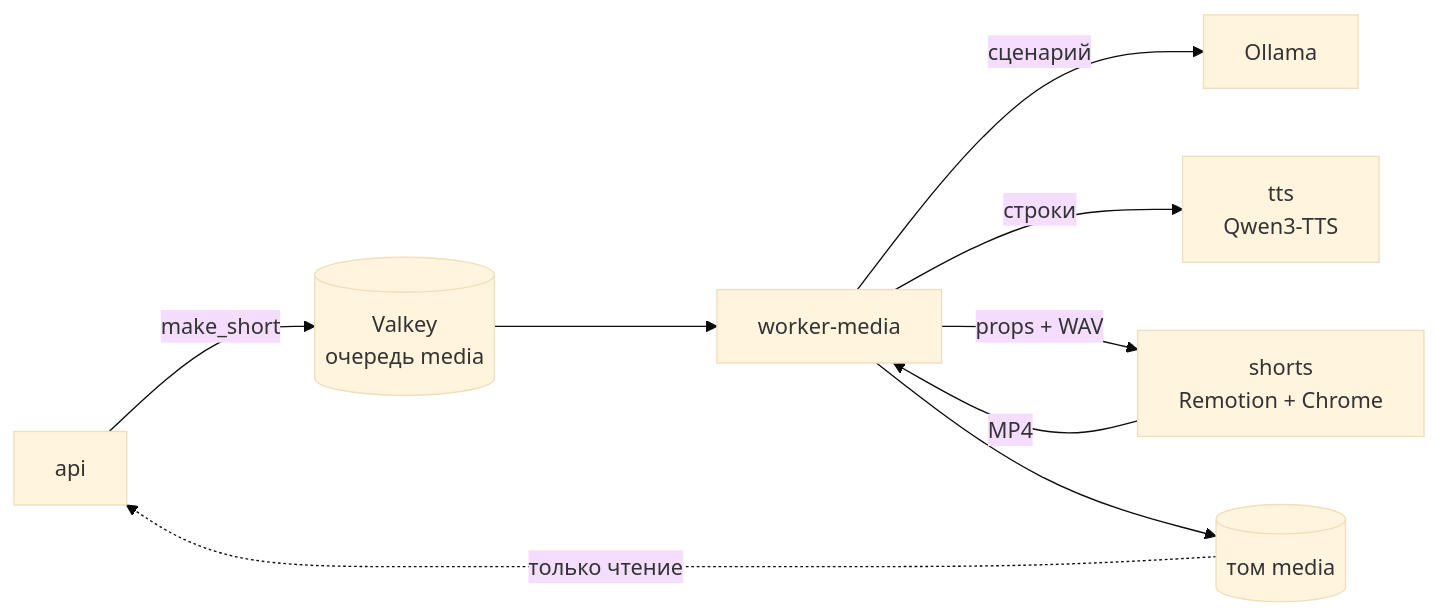
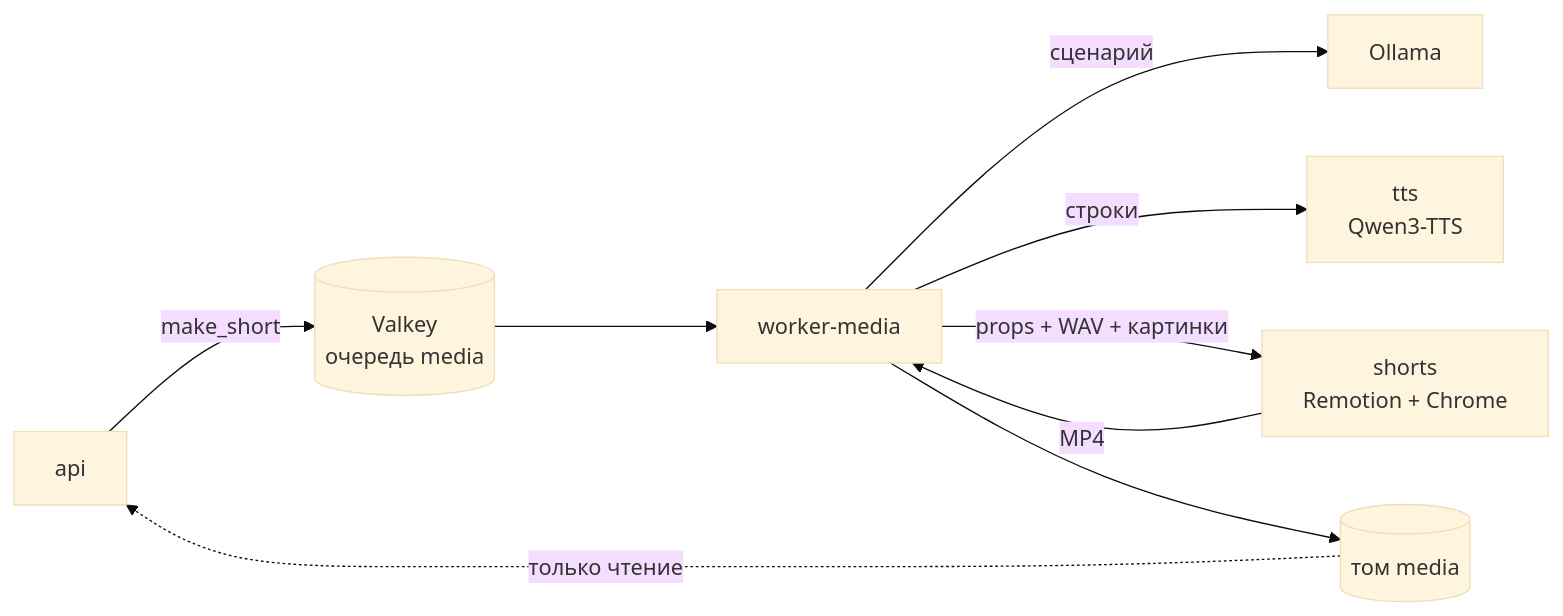
Before and after one commit to verikirill/scrap-and-grep: the third of 5 diagrams in docs/ARCHITECTURE.md, drawn with Mermaid (base theme). The commit also changed other lines of this file and 17 other files, not shown here.

````diff
--- a/docs/ARCHITECTURE.md
+++ b/docs/ARCHITECTURE.md
@@ -182,11 +188,11 @@
 ```mermaid
 flowchart LR
     api[api] -- make_short --> vk[(Valkey<br/>очередь media)]
     vk --> wm[worker-media]
     wm -- сценарий --> ollama[Ollama]
     wm -- строки --> tts[tts<br/>Qwen3-TTS]
-    wm -- props + WAV --> shorts[shorts<br/>Remotion + Chrome]
+    wm -- props + WAV + картинки --> shorts[shorts<br/>Remotion + Chrome]
     shorts -- MP4 --> wm
     wm --> media[(том media)]
     media -. только чтение .-> api
 ```
````
